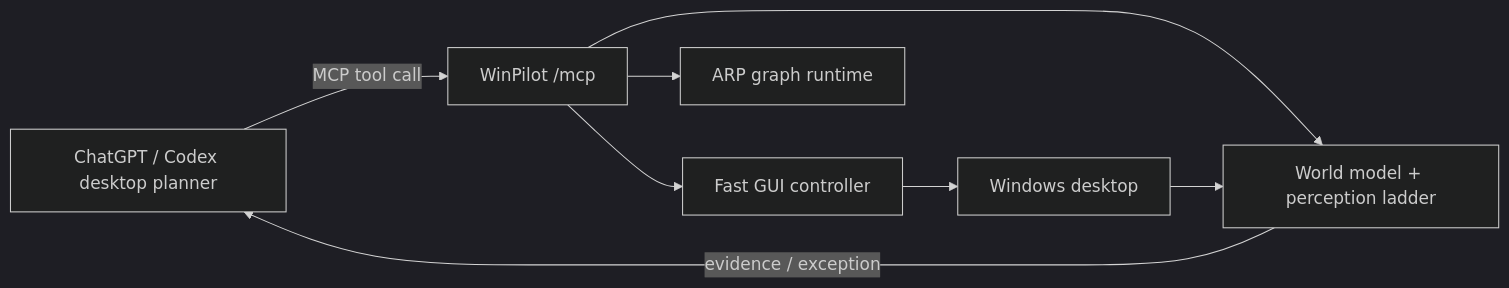
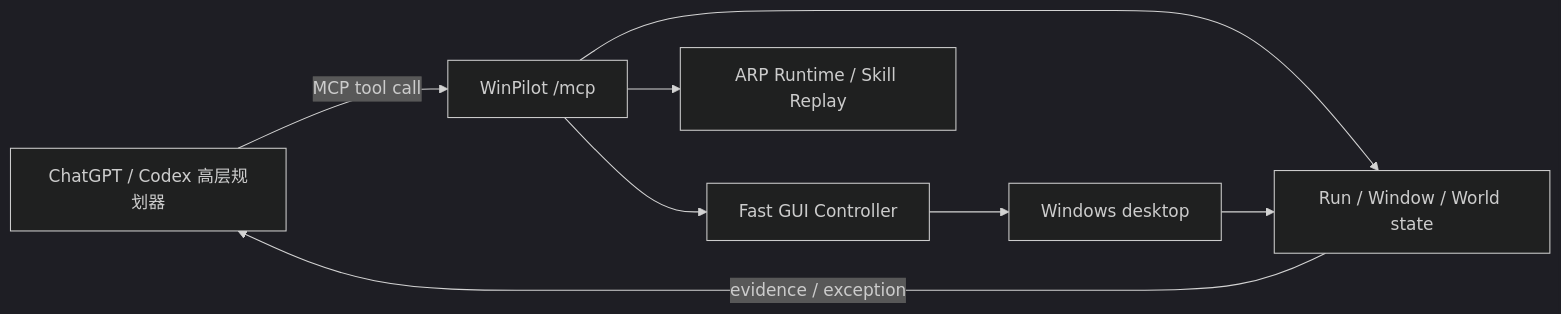
One commit to zoujiapeng/lingdong-script changed the diagram in docs/chatgpt-desktop.md. Above: the diagram before and after it, drawn with Mermaid (dark theme). The commit also changed other lines of this file and 45 other files, not shown here.

Commit message:
chore: align repository with current GUI runtime

````diff
--- a/docs/chatgpt-desktop.md
+++ b/docs/chatgpt-desktop.md
@@ -8,10 +11,10 @@
 ```mermaid
 flowchart LR
-  ChatGPT["ChatGPT / Codex desktop planner"] -->|"MCP tool call"| MCP["WinPilot /mcp"]
-  MCP --> WM["World model + perception ladder"]
-  MCP --> Controller["Fast GUI controller"]
-  MCP --> ARP["ARP graph runtime"]
+  Planner["ChatGPT / Codex 高层规划器"] -->|"MCP tool call"| MCP["WinPilot /mcp"]
+  MCP --> State["Run / Window / World state"]
+  MCP --> Controller["Fast GUI Controller"]
+  MCP --> ARP["ARP Runtime / Skill Replay"]
   Controller --> Desktop["Windows desktop"]
-  Desktop --> WM
-  WM -->|"evidence / exception"| ChatGPT
+  Desktop --> State
+  State -->|"evidence / exception"| Planner
 ```
````
